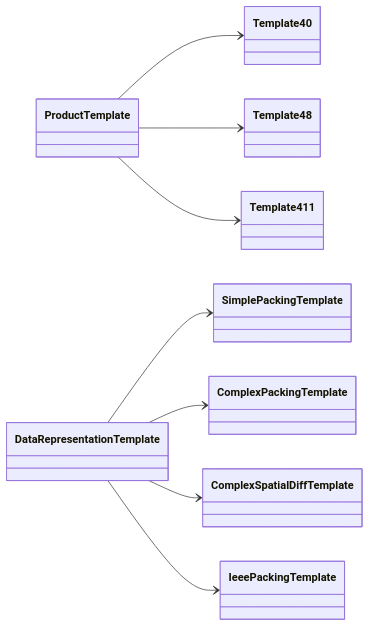
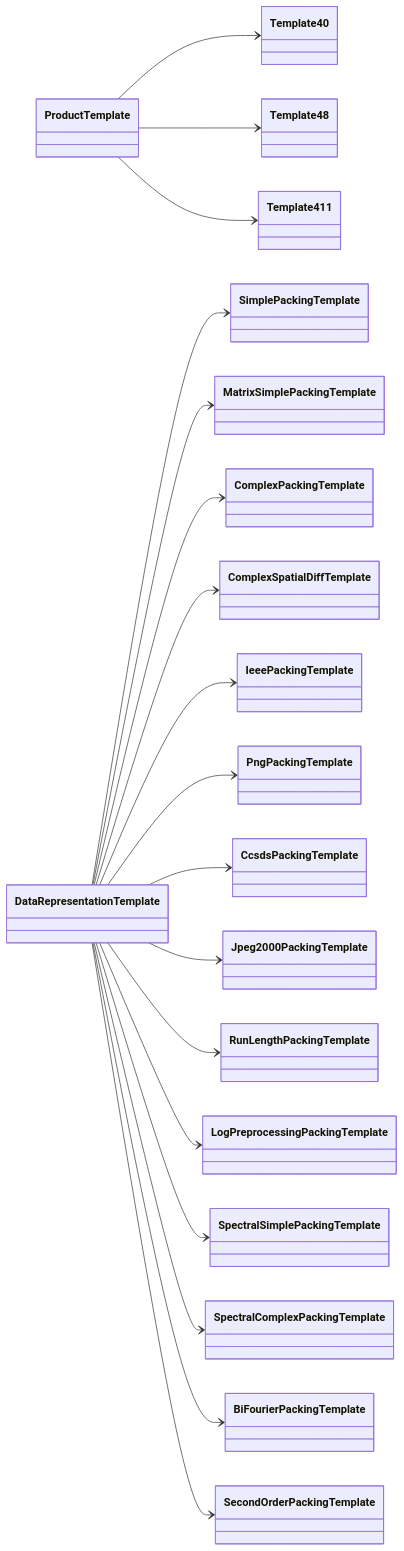
The third of 6 diagrams in docs/architecture/03-composition.md (D0ubleD0uble/fieldglass), drawn with Mermaid before and after one commit. The commit also changed other lines of this file, not shown here.

First line of the commit message:
docs: bring 03-composition diagrams up to date with current templates and handles (#428)

````diff
--- a/docs/architecture/03-composition.md
+++ b/docs/architecture/03-composition.md
@@ -50,12 +53,22 @@
 ```mermaid
 classDiagram
     direction LR
     ProductTemplate --> Template40
     ProductTemplate --> Template48
     ProductTemplate --> Template411
 
     DataRepresentationTemplate --> SimplePackingTemplate
+    DataRepresentationTemplate --> MatrixSimplePackingTemplate
     DataRepresentationTemplate --> ComplexPackingTemplate
     DataRepresentationTemplate --> ComplexSpatialDiffTemplate
     DataRepresentationTemplate --> IeeePackingTemplate
+    DataRepresentationTemplate --> PngPackingTemplate
+    DataRepresentationTemplate --> CcsdsPackingTemplate
+    DataRepresentationTemplate --> Jpeg2000PackingTemplate
+    DataRepresentationTemplate --> RunLengthPackingTemplate
+    DataRepresentationTemplate --> LogPreprocessingPackingTemplate
+    DataRepresentationTemplate --> SpectralSimplePackingTemplate
+    DataRepresentationTemplate --> SpectralComplexPackingTemplate
+    DataRepresentationTemplate --> BiFourierPackingTemplate
+    DataRepresentationTemplate --> SecondOrderPackingTemplate
 ```
````
